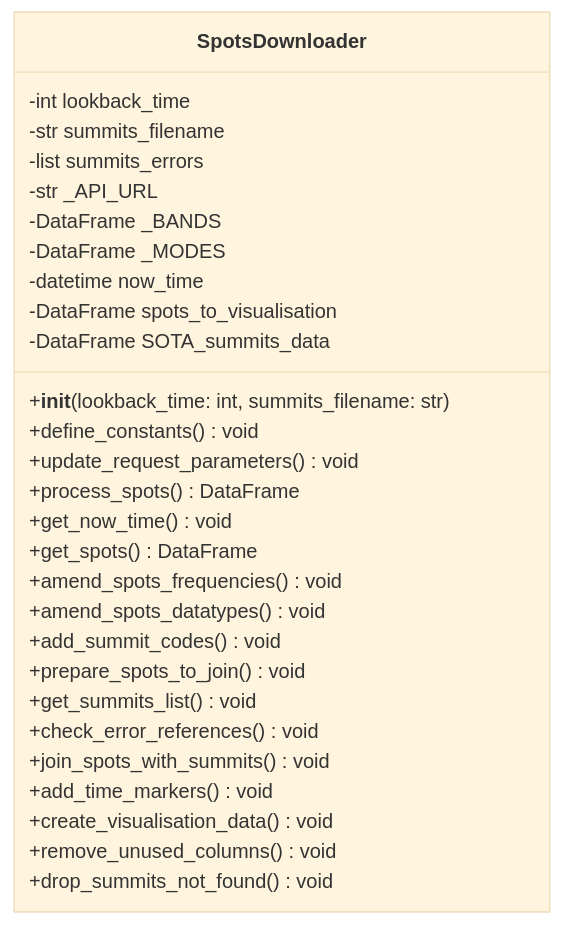
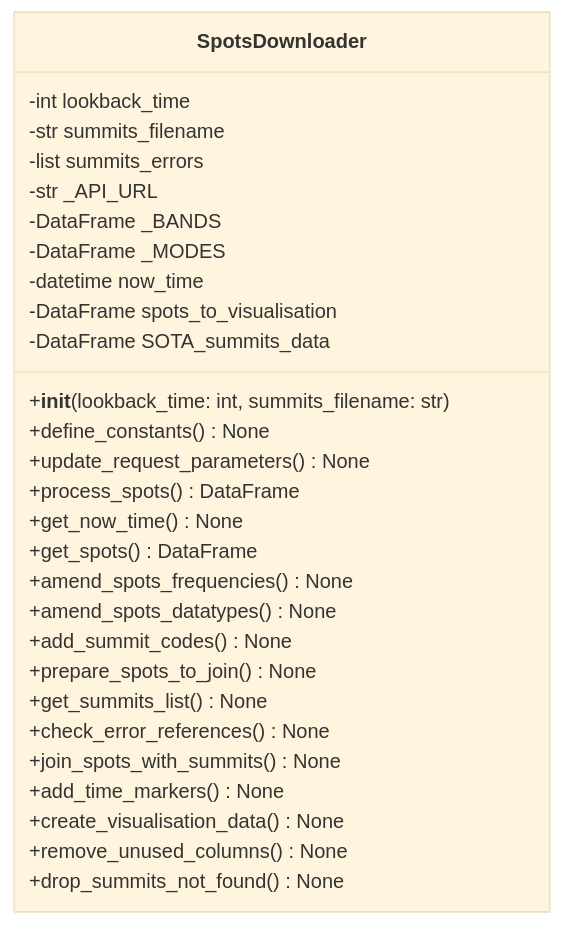
The first of 2 diagrams in README.md (operatorit/SOTA_Visualisation_Pack), drawn with Mermaid (base theme) before and after one commit.

Commit message:
void changed to None on graphs

````diff
--- a/README.md
+++ b/README.md
@@ -54,38 +54,38 @@
 ```mermaid
 classDiagram
     class SpotsDownloader {
         -int lookback_time
         -str summits_filename
         -list summits_errors
         -str _API_URL
         -DataFrame _BANDS
         -DataFrame _MODES
         -datetime now_time
         -DataFrame spots_to_visualisation
         -DataFrame SOTA_summits_data
         
         +__init__(lookback_time: int, summits_filename: str)
-        +define_constants() void
-        +update_request_parameters() void
+        +define_constants() None
+        +update_request_parameters() None
         
         +process_spots() DataFrame
         
-        +get_now_time() void
+        +get_now_time() None
         +get_spots() DataFrame
         
-        +amend_spots_frequencies() void
-        +amend_spots_datatypes() void
-        +add_summit_codes() void
-        +prepare_spots_to_join() void
+        +amend_spots_frequencies() None
+        +amend_spots_datatypes() None
+        +add_summit_codes() None
+        +prepare_spots_to_join() None
         
-        +get_summits_list() void
-        +check_error_references() void
-        +join_spots_with_summits() void
+        +get_summits_list() None
+        +check_error_references() None
+        +join_spots_with_summits() None
         
-        +add_time_markers() void
-        +create_visualisation_data() void
-        +remove_unused_columns() void
-        +drop_summits_not_found() void
+        +add_time_markers() None
+        +create_visualisation_data() None
+        +remove_unused_columns() None
+        +drop_summits_not_found() None
     }
     
 ```
````
